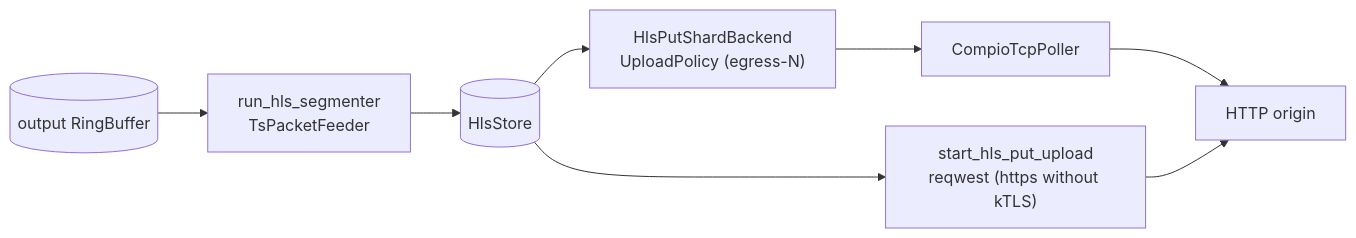
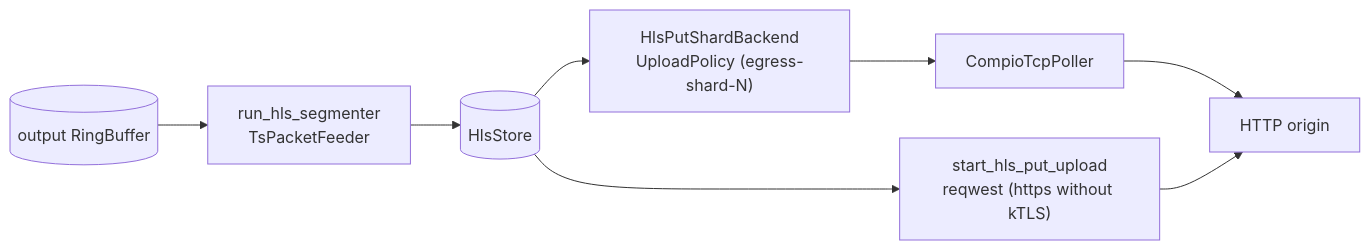
One commit to krsna1729/restream changed the tenth of 15 diagrams in docs/media-pipeline.md. Above: the diagram before and after it, drawn with Mermaid. The commit also changed other lines of this file and 3 other files, not shown here.

````diff
--- a/docs/media-pipeline.md
+++ b/docs/media-pipeline.md
@@ -714,10 +713,10 @@
 ```mermaid
 flowchart LR
     Ring[("output RingBuffer")] --> Seg["run_hls_segmenter<br/>TsPacketFeeder"]
     Seg --> Store[("HlsStore")]
-    Store --> Backend["HlsPutShardBackend<br/>UploadPolicy (egress-N)"]
+    Store --> Backend["HlsPutShardBackend<br/>UploadPolicy (egress-shard-N)"]
     Backend --> Poller["CompioTcpPoller"]
     Store --> Reqwest["start_hls_put_upload<br/>reqwest (https without kTLS)"]
     Poller --> Dest["HTTP origin"]
     Reqwest --> Dest
 ```
````
